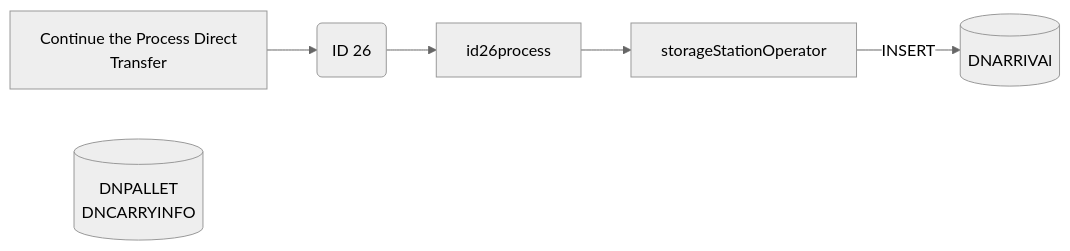
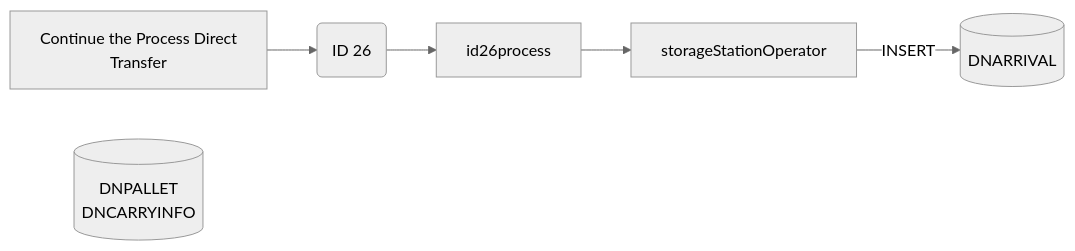
The fifth of 23 diagrams in Basic-Design/DFD-WMS/Storage/Palletizing-Settting/Palletize-Start.md (luthfiadityaa/SimeDarby-Wiki), drawn with Mermaid (neutral theme) before and after one commit.

Commit message:
Updated Palletize Start

```diff
--- a/Basic-Design/DFD-WMS/Storage/Palletizing-Settting/Palletize-Start.md
+++ b/Basic-Design/DFD-WMS/Storage/Palletizing-Settting/Palletize-Start.md
@@ -323,26 +323,26 @@
 ::: mermaid
 flowchart LR
 
 releaseCommand["
 Continue the Process Direct 
 Transfer
 "]
 
 id26msg("
 ID 26
 ")
 
 id26-insert[("
-DNARRIVAl
+DNARRIVAL
 ")]
 
 id26-update[("
 DNPALLET
 DNCARRYINFO
 ")];
 
 storageStationOperator[storageStationOperator]
 
 releaseCommand-->id26msg-->id26process-->storageStationOperator
 storageStationOperator--> |INSERT| id26-insert
 :::
```
